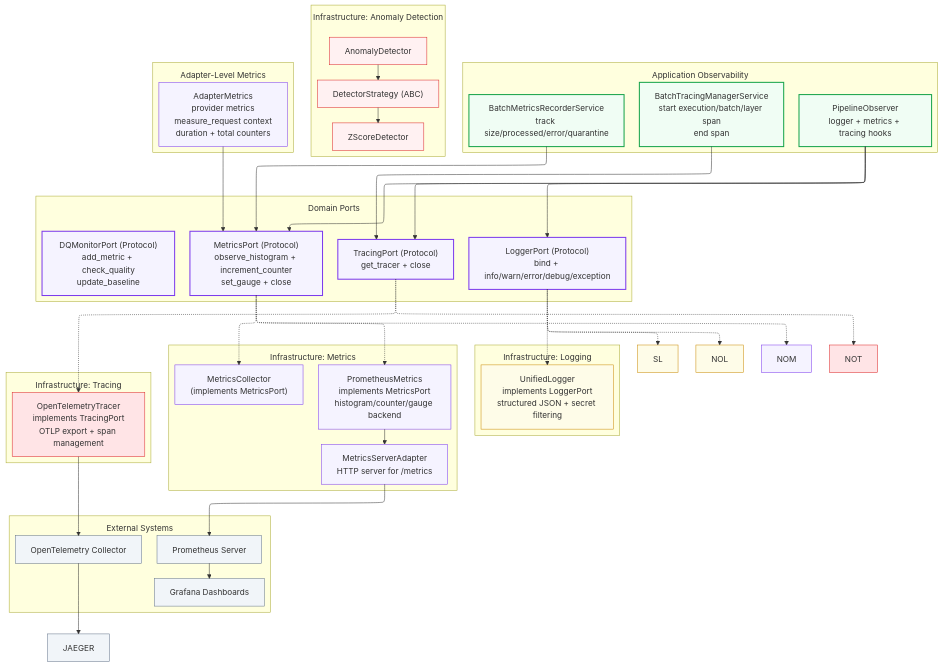
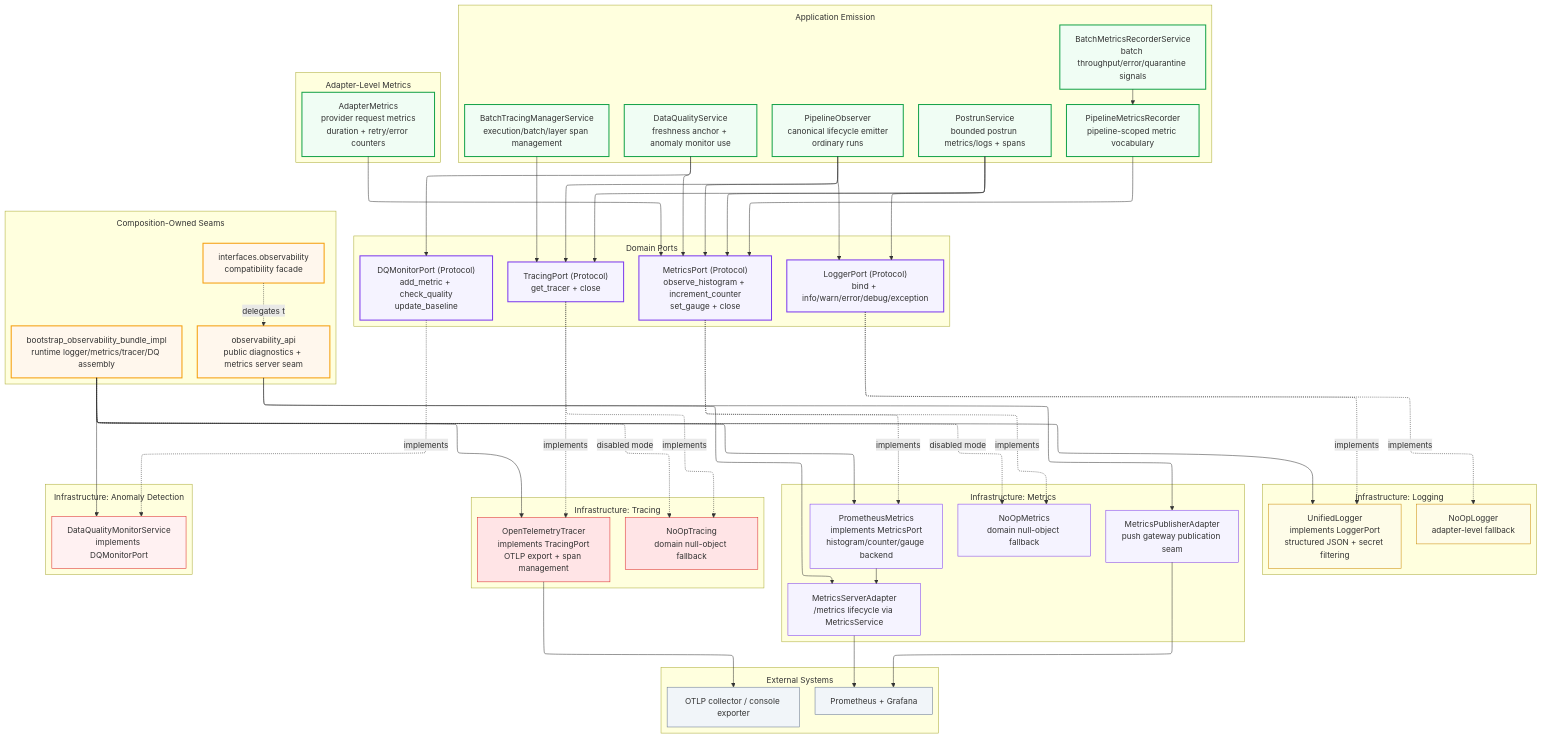
The diagram in docs/02-architecture/diagrams/architecture/09-observability-stack.mmd (SatoryKono/BioactivityDataAcquisition), drawn with Mermaid before and after one commit. The commit also changed 5 other files, not shown here.

First line of the commit message:
Refine observability diagrams; add test outputs

```diff
--- a/docs/02-architecture/diagrams/architecture/09-observability-stack.mmd
+++ b/docs/02-architecture/diagrams/architecture/09-observability-stack.mmd
@@ -1,101 +1,120 @@
 %% BioETL — Observability Stack
 %% Logging, Metrics, Tracing architecture.
 
-%% @version 1.0.0
-%% @date    2026-02-24
+%% @version 1.1.0
+%% @date    2026-04-12
 %% @type    flowchart
 %% @level   System / Component
 %% @nodes   24
 %% @reference  Decomposed into 09a-observability-app, 09b-observability-infra
 
 %%{init: {
   'flowchart': {
     'subGraphTitleMargin': { 'top': 12, 'bottom': 12 }
   },
   'layout': 'elk',
   'elk': {
     'mergeEdges': true,
     'nodePlacementStrategy': 'BRANDES_KOEPF',
     'edgeRouting': 'ORTHOGONAL'
   }
 }}%%
 %% @uniform width=224 height=198 max_title_len=23 max_desc_lines=9
 graph TB
-%% keep-orphan: DQMP
     subgraph Ports["Domain Ports"]
         LP["LoggerPort (Protocol)<br/>bind + info/warn/error/debug/exception"]:::size-lg
         MP["MetricsPort (Protocol)<br/>observe_histogram + increment_counter<br/>set_gauge + close"]:::size-lg
         TP["TracingPort (Protocol)<br/>get_tracer + close"]:::size-lg
         DQMP["DQMonitorPort (Protocol)<br/>add_metric + check_quality<br/>update_baseline"]:::size-lg
     end
 
-    subgraph AppObserver["Application Observability"]
-        PO["PipelineObserver<br/>logger + metrics + tracing hooks"]:::size-lg
-        BMR["BatchMetricsRecorderService<br/>track size/processed/error/quarantine"]:::size-lg
-        BTM["BatchTracingManagerService<br/>start execution/batch/layer span<br/>end span"]:::size-lg
+    subgraph AppObserver["Application Emission"]
+        PO["PipelineObserver<br/>canonical lifecycle emitter<br/>ordinary runs"]:::size-lg
+        PMR["PipelineMetricsRecorder<br/>pipeline-scoped metric vocabulary"]:::size-lg
+        BMR["BatchMetricsRecorderService<br/>batch throughput/error/quarantine signals"]:::size-lg
+        BTM["BatchTracingManagerService<br/>execution/batch/layer span management"]:::size-lg
+        DQS["DataQualityService<br/>freshness anchor + anomaly monitor use"]:::size-lg
+        PRS["PostrunService<br/>bounded postrun metrics/logs + spans"]:::size-lg
+    end
+
+    subgraph Composition["Composition-Owned Seams"]
+        BOB["bootstrap_observability_bundle_impl<br/>runtime logger/metrics/tracer/DQ assembly"]:::size-lg
+        OAPI["observability_api<br/>public diagnostics + metrics server seam"]:::size-lg
+        IOBS["interfaces.observability<br/>compatibility facade"]:::size-lg
     end
 
     subgraph InfraLogging["Infrastructure: Logging"]
         UL["UnifiedLogger<br/>implements LoggerPort<br/>structured JSON + secret filtering"]:::size-lg
+        NOL["NoOpLogger<br/>adapter-level fallback"]:::size-lg
     end
 
     subgraph InfraMetrics["Infrastructure: Metrics"]
-        MC["MetricsCollector<br/>(implements MetricsPort)"]:::size-lg
         PM["PrometheusMetrics<br/>implements MetricsPort<br/>histogram/counter/gauge backend"]:::size-lg
-        MSA["MetricsServerAdapter<br/>HTTP server for /metrics"]:::size-lg
+        MSA["MetricsServerAdapter<br/>/metrics lifecycle via MetricsService"]:::size-lg
+        MPA["MetricsPublisherAdapter<br/>push gateway publication seam"]:::size-lg
+        NOM["NoOpMetrics<br/>domain null-object fallback"]:::size-lg
     end
 
     subgraph InfraTracing["Infrastructure: Tracing"]
         OTT["OpenTelemetryTracer<br/>implements TracingPort<br/>OTLP export + span management"]:::size-lg
+        NOT["NoOpTracing<br/>domain null-object fallback"]:::size-lg
     end
 
     subgraph InfraAnomaly["Infrastructure: Anomaly Detection"]
-        AD["AnomalyDetector"]:::size-lg
-        DS["DetectorStrategy (ABC)"]:::size-lg
-        ZSD["ZScoreDetector"]:::size-lg
-        DS --> ZSD
-        AD --> DS
+        DQM["DataQualityMonitorService<br/>implements DQMonitorPort"]:::size-lg
     end
 
     subgraph AdapterMetrics["Adapter-Level Metrics"]
-        AM["AdapterMetrics<br/>provider metrics<br/>measure_request context<br/>duration + total counters"]:::size-lg
+        AM["AdapterMetrics<br/>provider request metrics<br/>duration + retry/error counters"]:::size-lg
     end
 
     subgraph External["External Systems"]
-        PROM["Prometheus Server"]:::size-lg
-        GRAFANA["Grafana Dashboards"]:::size-lg
-        OTEL_COL["OpenTelemetry Collector"]:::size-lg
+        PROM["Prometheus + Grafana"]:::size-lg
+        OTEL_COL["OTLP collector / console exporter"]:::size-lg
     end
 
     %% Port implementations
-    LP -.-> UL & SL & NOL
-    MP -.-> MC & PM & NOM
-    TP -.-> OTT & NOT
+    LP -.implements.-> UL & NOL
+    MP -.implements.-> PM & NOM
+    TP -.implements.-> OTT & NOT
+    DQMP -.implements.-> DQM
 
-    %% Application usage
+    %% Application publication boundaries
     PO --> LP & MP & TP
-    BMR --> MP
+    PMR --> MP
+    BMR --> PMR
     BTM --> TP
+    DQS --> MP & DQMP
+    PRS --> LP & MP & TP
 
-    %% Adapter metrics
+    %% Composition-owned wiring and public seams
+    BOB --> UL & PM & OTT & DQM
+    BOB -.disabled mode.-> NOM & NOT
+    IOBS -.delegates to.-> OAPI
+    OAPI --> MSA & MPA
+
+    %% Adapter/provider metrics
     AM --> MP
 
     %% Infrastructure to external
-    PM --> MSA --> PROM --> GRAFANA
-    OTT --> OTEL_COL --> JAEGER
+    PM --> MSA --> PROM
+    MPA --> PROM
+    OTT --> OTEL_COL
 
     classDef port fill:#f5f3ff,stroke:#7c3aed,stroke-width:2px
     classDef app fill:#f0fdf4,stroke:#16a34a,stroke-width:2px
+    classDef comp fill:#fff7ed,stroke:#f59e0b,stroke-width:2px
     classDef logging fill:#fefce8,stroke:#ca8a04
     classDef metrics fill:#f5f3ff,stroke:#7c3aed
     classDef tracing fill:#ffe4e6,stroke:#dc2626
     classDef anomaly fill:#fff1f2,stroke:#dc2626
     classDef ext fill:#f1f5f9,stroke:#64748b
 
     class LP,MP,TP,DQMP port
-    class PO,BMR,BTM app
-    class UL,SL,NOL logging
-    class MC,PM,MSA,NOM,AM metrics
+    class PO,PMR,BMR,BTM,DQS,PRS,AM app
+    class BOB,OAPI,IOBS comp
+    class UL,NOL logging
+    class PM,MSA,MPA,NOM metrics
     class OTT,NOT tracing
-    class AD,DS,ZSD anomaly
-    class PROM,GRAFANA,OTEL_COL,JAEGER ext
+    class DQM anomaly
+    class PROM,OTEL_COL ext
```
